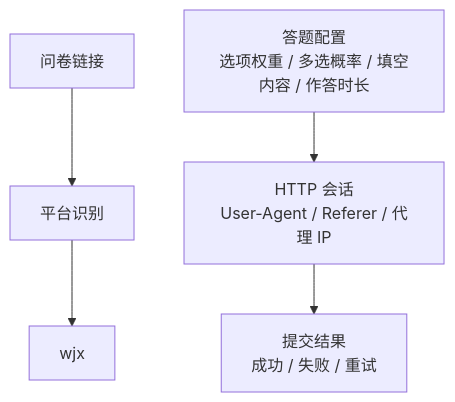
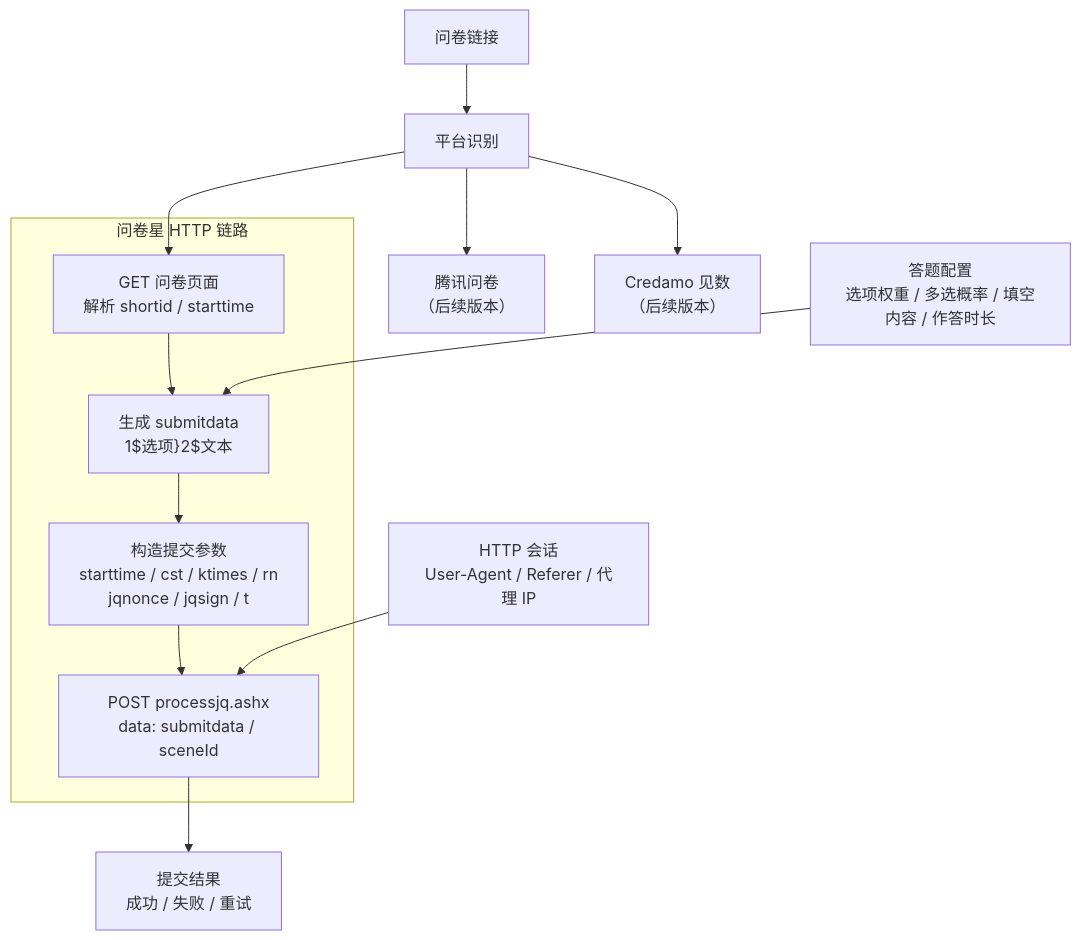
Before and after one commit to SurveyController/SurveyController-Mac: the diagram in README.md, drawn with Mermaid. The commit also changed other lines of this file and 3 other files, not shown here.

Commit message:
docs: README 对齐官方/安卓版结构——App 图标、完整架构图、配置说明表、交流群二维码、贡献者、Star History

````diff
--- a/README.md
+++ b/README.md
@@ -69,13 +87,25 @@
 ```mermaid
 flowchart TB
   link["问卷链接"]
   detect["平台识别"]
   config["答题配置<br/>选项权重 / 多选概率 / 填空内容 / 作答时长"]
   session["HTTP 会话<br/>User-Agent / Referer / 代理 IP"]
   result["提交结果<br/>成功 / 失败 / 重试"]
 
   link --> detect
-  detect --> wjx
-  config --> session
-  session --> result
+  detect --> wjx_parse
+  detect --> tencent_todo["腾讯问卷<br/>（后续版本）"]
+  detect --> credamo_todo["Credamo 见数<br/>（后续版本）"]
+
+  subgraph wjx["问卷星 HTTP 链路"]
+    wjx_parse["GET 问卷页面<br/>解析 shortid / starttime"]
+    wjx_answer["生成 submitdata<br/>1$选项}2$文本"]
+    wjx_params["构造提交参数<br/>starttime / cst / ktimes / rn<br/>jqnonce / jqsign / t"]
+    wjx_submit["POST processjq.ashx<br/>data: submitdata / sceneId"]
+    wjx_parse --> wjx_answer --> wjx_params --> wjx_submit
+  end
+
+  config --> wjx_answer
+  session --> wjx_submit
+  wjx_submit --> result
 ```
````
